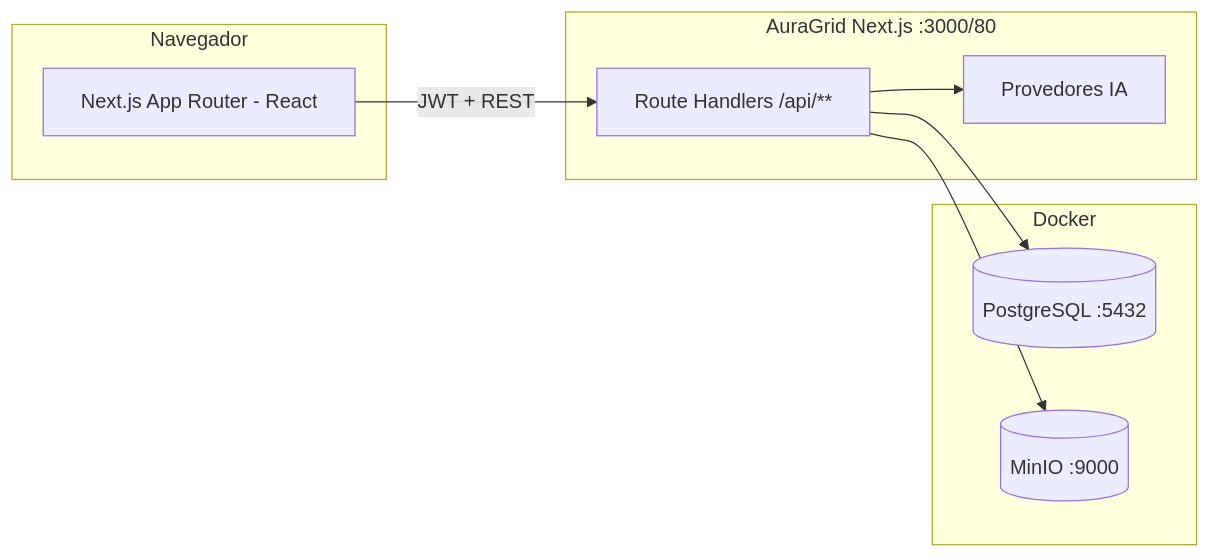
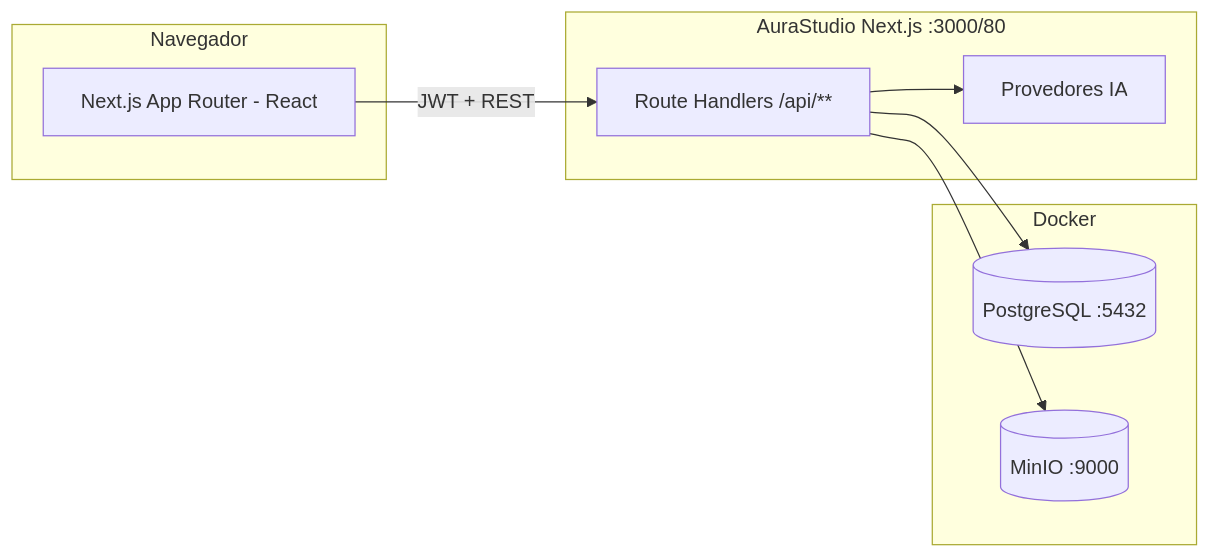
Before and after one commit to Kanarogh/AuraGrid-IA: the diagram in docs/SETUP-INFRAESTRUTURA.md, drawn with Mermaid. The commit also changed other lines of this file and 96 other files, not shown here.

First line of the commit message:
refactor: update project references and enhance environment configuration for AuraStudio

````diff
--- a/docs/SETUP-INFRAESTRUTURA.md
+++ b/docs/SETUP-INFRAESTRUTURA.md
@@ -141,21 +141,21 @@
 ```mermaid
 flowchart LR
   subgraph browser [Navegador]
     UI[Next.js App Router - React]
   end
 
-  subgraph app [AuraGrid Next.js :3000/80]
+  subgraph app [AuraStudio Next.js :3000/80]
     API[Route Handlers /api/**]
     AI[Provedores IA]
   end
 
   subgraph docker [Docker]
     PG[(PostgreSQL :5432)]
     MINIO[(MinIO :9000)]
   end
 
   UI -->|JWT + REST| API
   API --> PG
   API --> MINIO
   API --> AI
 ```
````
